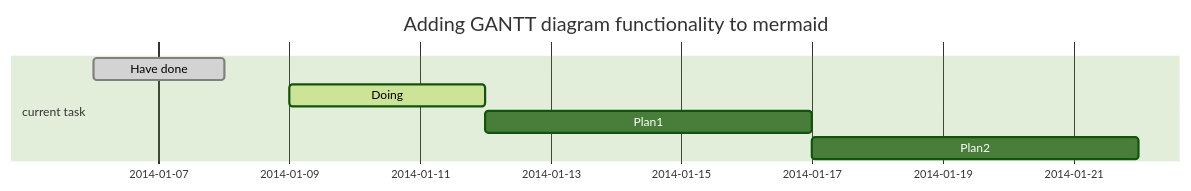
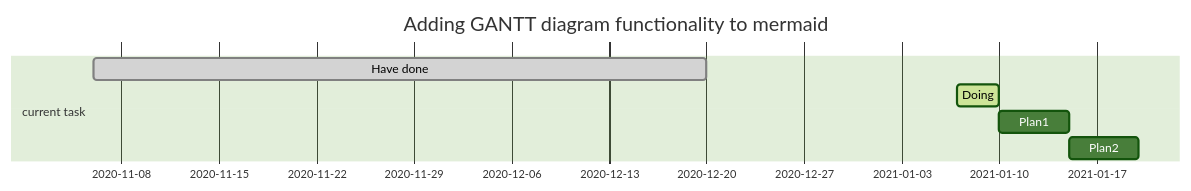
The diagram in README.md (Charmve/TimeWarp), drawn with Mermaid (forest theme) before and after one commit.

````diff
--- a/README.md
+++ b/README.md
@@ -54,10 +54,10 @@
 ```mermaid
 gantt
         dateFormat  YYYY-MM-DD
         title Adding GANTT diagram functionality to mermaid
         section current task
-        Have done           :done,    des1, 2014-01-06,2014-01-08
-        Doing               :active,  des2, 2014-01-09, 3d
+        Have done           :done,    des1, 2020-11-06,2020-12-20
+        Doing               :active,  des2, 2021-01-07, 3d
         Plan1               :         des3, after des2, 5d
         Plan2               :         des4, after des3, 5d
 ```
````
